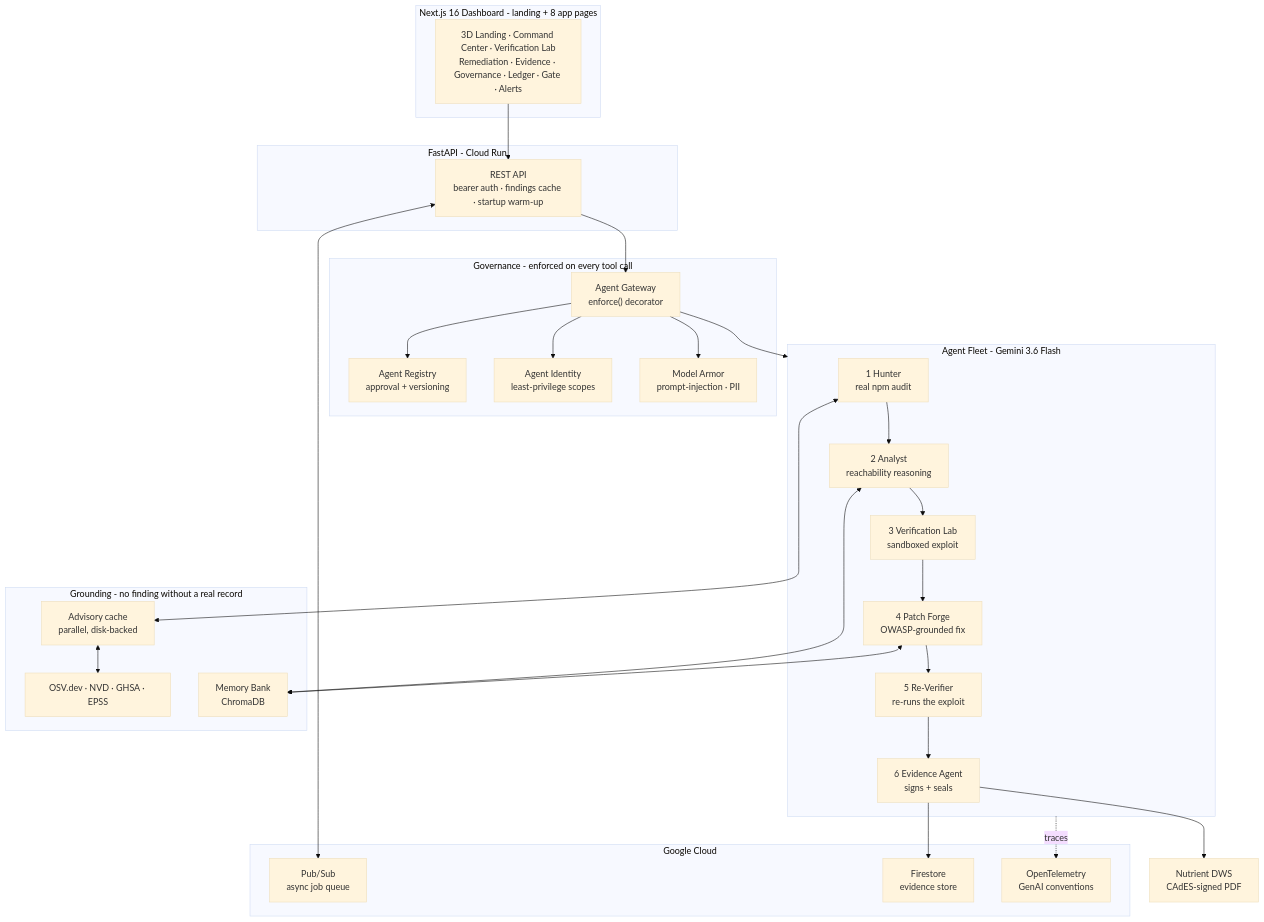
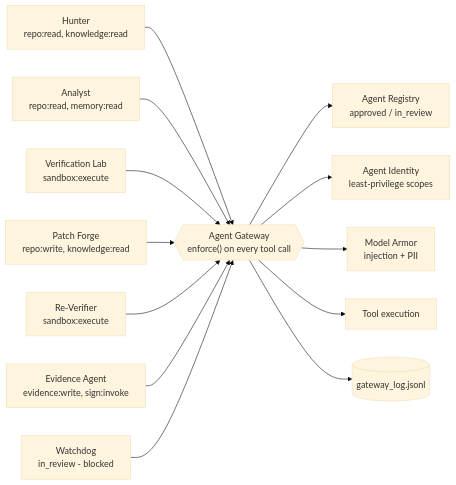
The third of 6 diagrams in README.md (rakeshselvaraj0108/SENTINEL), drawn with Mermaid (base theme) before and after one commit. The commit also changed other lines of this file and 9 other files, not shown here.

````diff
--- a/README.md
+++ b/README.md
@@ -18,53 +193,17 @@
 ```mermaid
-flowchart TB
-    subgraph Client["Next.js 16 Dashboard - landing + 8 app pages"]
-        UI["3D Landing · Command Center · Verification Lab<br/>Remediation · Evidence · Governance · Ledger · Gate · Alerts"]
-    end
+graph LR
+  H["Hunter<br/>repo:read, knowledge:read"] --> GW
+  AN["Analyst<br/>repo:read, memory:read"] --> GW
+  VL["Verification Lab<br/>sandbox:execute"] --> GW
+  PF["Patch Forge<br/>repo:write, knowledge:read"] --> GW
+  RV["Re-Verifier<br/>sandbox:execute"] --> GW
+  EV["Evidence Agent<br/>evidence:write, sign:invoke"] --> GW
+  WD["Watchdog<br/>in_review - blocked"] --> GW
 
-    subgraph API["FastAPI - Cloud Run"]
-        REST["REST API<br/>bearer auth · findings cache · startup warm-up"]
-    end
-
-    subgraph Gov["Governance - enforced on every tool call"]
-        GW["Agent Gateway<br/>enforce() decorator"]
-        REG["Agent Registry<br/>approval + versioning"]
-        ID["Agent Identity<br/>least-privilege scopes"]
-        MA["Model Armor<br/>prompt-injection · PII"]
-    end
-
-    subgraph Fleet["Agent Fleet - Gemini 3.6 Flash"]
-        H["1 Hunter<br/>real npm audit"]
-        AN["2 Analyst<br/>reachability reasoning"]
-        VL["3 Verification Lab<br/>sandboxed exploit"]
-        PF["4 Patch Forge<br/>OWASP-grounded fix"]
-        RV["5 Re-Verifier<br/>re-runs the exploit"]
-        EV["6 Evidence Agent<br/>signs + seals"]
-    end
-
-    subgraph Know["Grounding - no finding without a real record"]
-        OSV["OSV.dev · NVD · GHSA · EPSS"]
-        CACHE["Advisory cache<br/>parallel, disk-backed"]
-        MEM["Memory Bank<br/>ChromaDB"]
-    end
-
-    subgraph Cloud["Google Cloud"]
-        PS["Pub/Sub<br/>async job queue"]
-        FS["Firestore<br/>evidence store"]
-        OT["OpenTelemetry<br/>GenAI conventions"]
-    end
-
-    DWS["Nutrient DWS<br/>CAdES-signed PDF"]
-
-    UI --> REST
-    REST --> GW
-    GW --> REG & ID & MA
-    GW --> Fleet
-    H --> AN --> VL --> PF --> RV --> EV
-    H <--> CACHE <--> OSV
-    AN <--> MEM
-    PF <--> MEM
-    REST <--> PS
-    EV --> FS
-    EV --> DWS
-    Fleet -.traces.-> OT
+  GW{{"Agent Gateway<br/>enforce() on every tool call"}}
+  GW --> REG[Agent Registry<br/>approved / in_review]
+  GW --> ID[Agent Identity<br/>least-privilege scopes]
+  GW --> MA[Model Armor<br/>injection + PII]
+  GW --> T[Tool execution]
+  GW --> LOG[(gateway_log.jsonl)]
 ```
````
